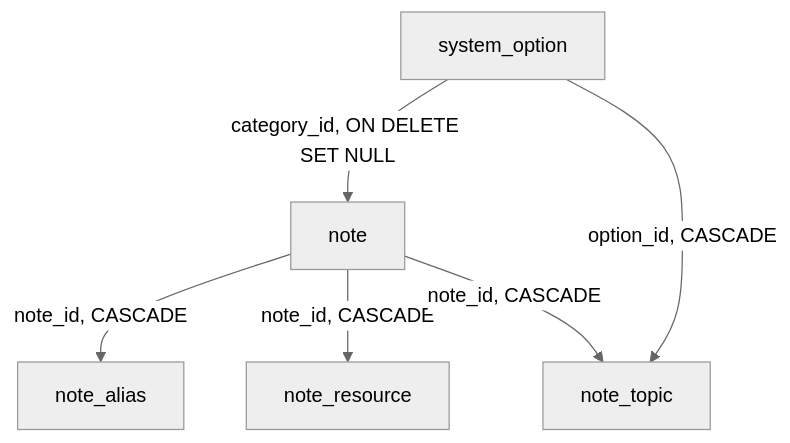
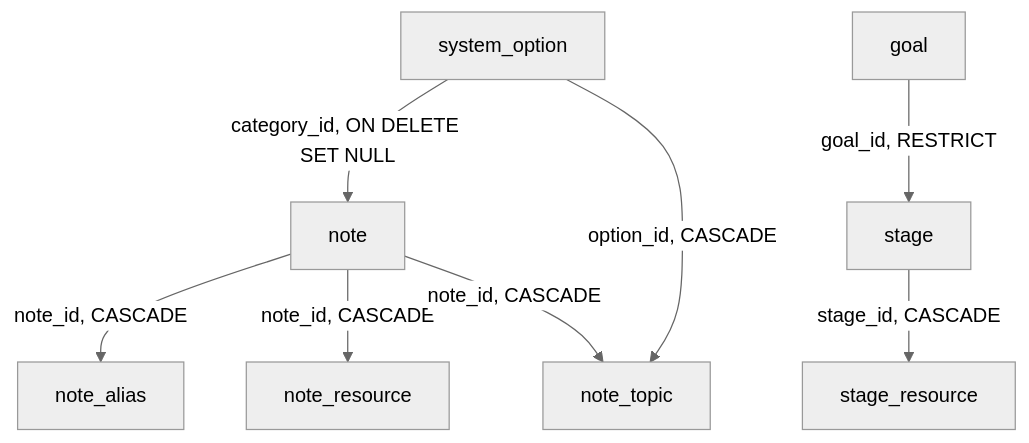
The diagram in docs/data-model.md (cg1618-apps/art), drawn with Mermaid (neutral theme) before and after one commit. The commit also changed other lines of this file and 6 other files, not shown here.

First line of the commit message:
docs: Goals and Roadmap as built; spec removed

````diff
--- a/docs/data-model.md
+++ b/docs/data-model.md
@@ -19,8 +22,10 @@
 ```mermaid
 flowchart TD
     O["system_option"] -->|category_id, ON DELETE SET NULL| N["note"]
     N -->|note_id, CASCADE| A["note_alias"]
     N -->|note_id, CASCADE| R["note_resource"]
     N -->|note_id, CASCADE| T["note_topic"]
     O -->|option_id, CASCADE| T
+    G["goal"] -->|goal_id, RESTRICT| S["stage"]
+    S -->|stage_id, CASCADE| SR["stage_resource"]
 ```
````
